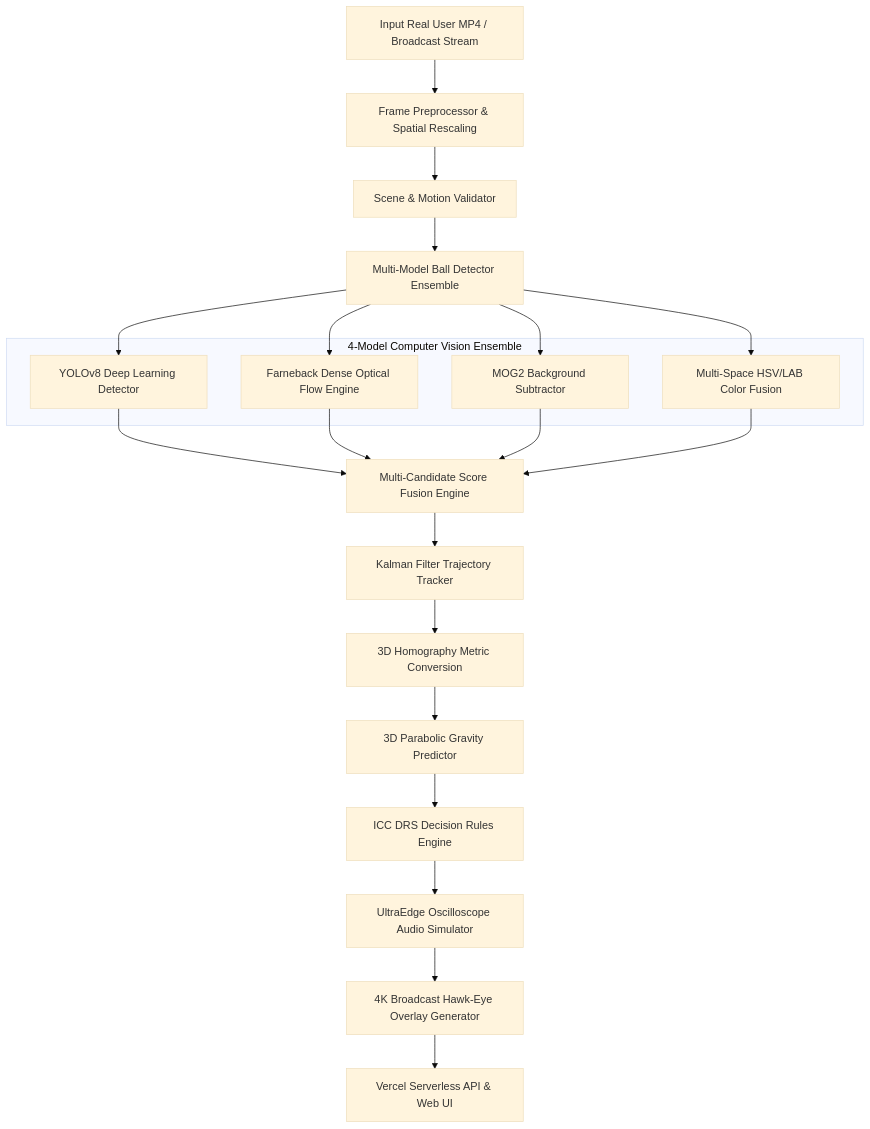
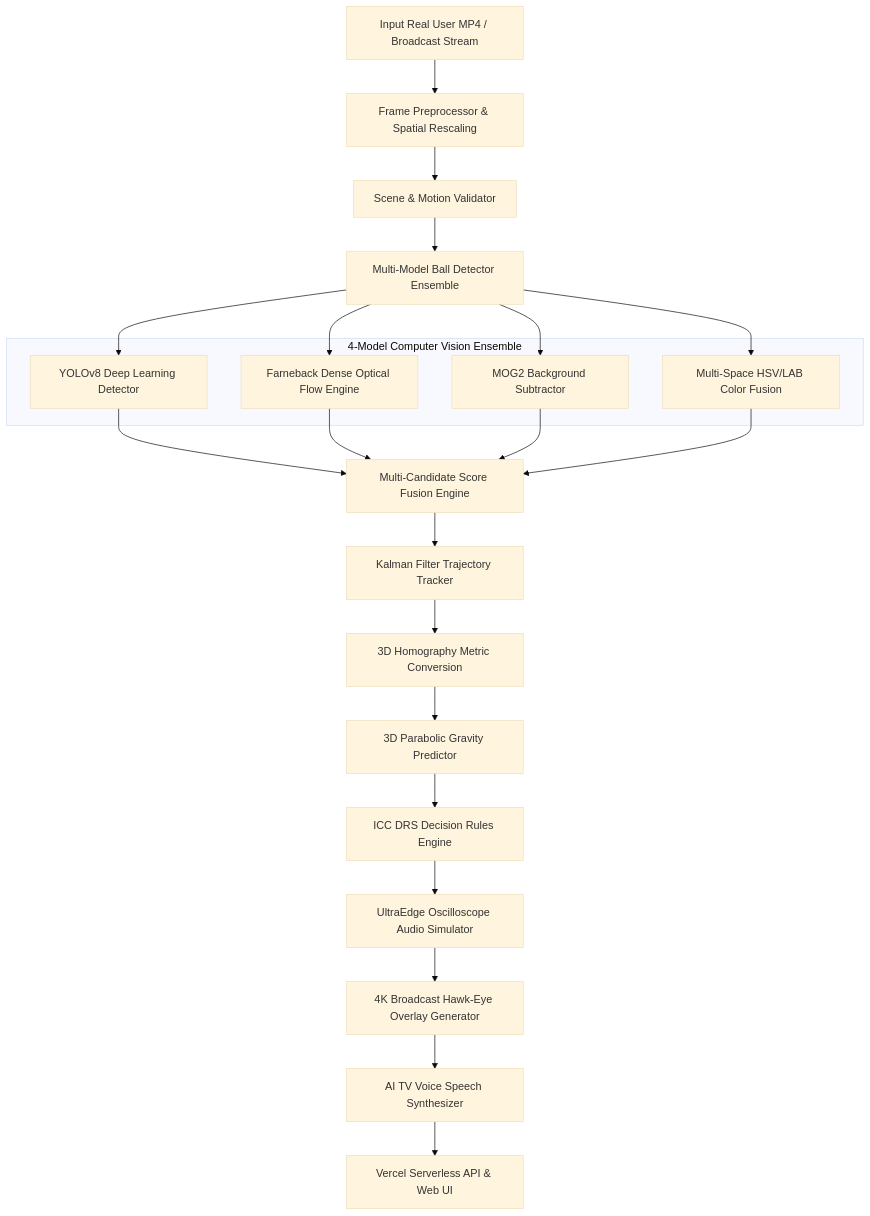
The first of 5 diagrams in README.md (udbhav968-creator/opencv), drawn with Mermaid (base theme) before and after one commit. The commit also changed other lines of this file and 2 other files, not shown here.

Commit message:
feat: Add AI Speech Voice Verdict, PDF Export, Spin RPM stats, and 5 Mermaid Flowcharts to README.md

````diff
--- a/README.md
+++ b/README.md
@@ -20,23 +20,24 @@
 ```mermaid
 flowchart TD
     A[Input Real User MP4 / Broadcast Stream] --> B[Frame Preprocessor & Spatial Rescaling]
     B --> C[Scene & Motion Validator]
     C --> D[Multi-Model Ball Detector Ensemble]
     
     subgraph Ensemble ["4-Model Computer Vision Ensemble"]
         E1[YOLOv8 Deep Learning Detector]
         E2[Farneback Dense Optical Flow Engine]
         E3[MOG2 Background Subtractor]
         E4[Multi-Space HSV/LAB Color Fusion]
     end
 
     D --> E1 & E2 & E3 & E4
     E1 & E2 & E3 & E4 --> F[Multi-Candidate Score Fusion Engine]
     F --> G[Kalman Filter Trajectory Tracker]
     G --> H[3D Homography Metric Conversion]
     H --> I[3D Parabolic Gravity Predictor]
     I --> J[ICC DRS Decision Rules Engine]
     J --> K[UltraEdge Oscilloscope Audio Simulator]
     K --> L[4K Broadcast Hawk-Eye Overlay Generator]
-    L --> M[Vercel Serverless API & Web UI]
+    L --> M[AI TV Voice Speech Synthesizer]
+    M --> N[Vercel Serverless API & Web UI]
 ```
````
